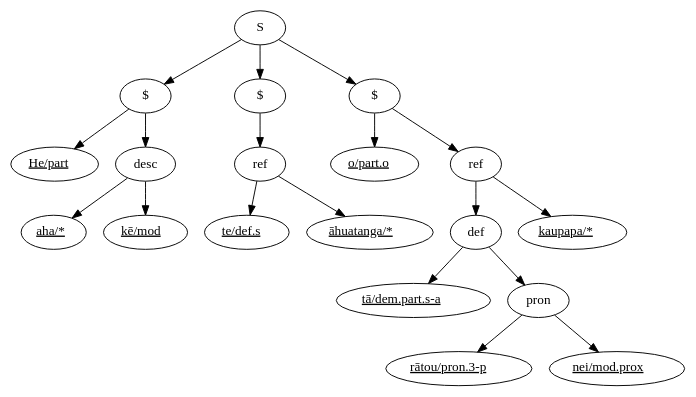
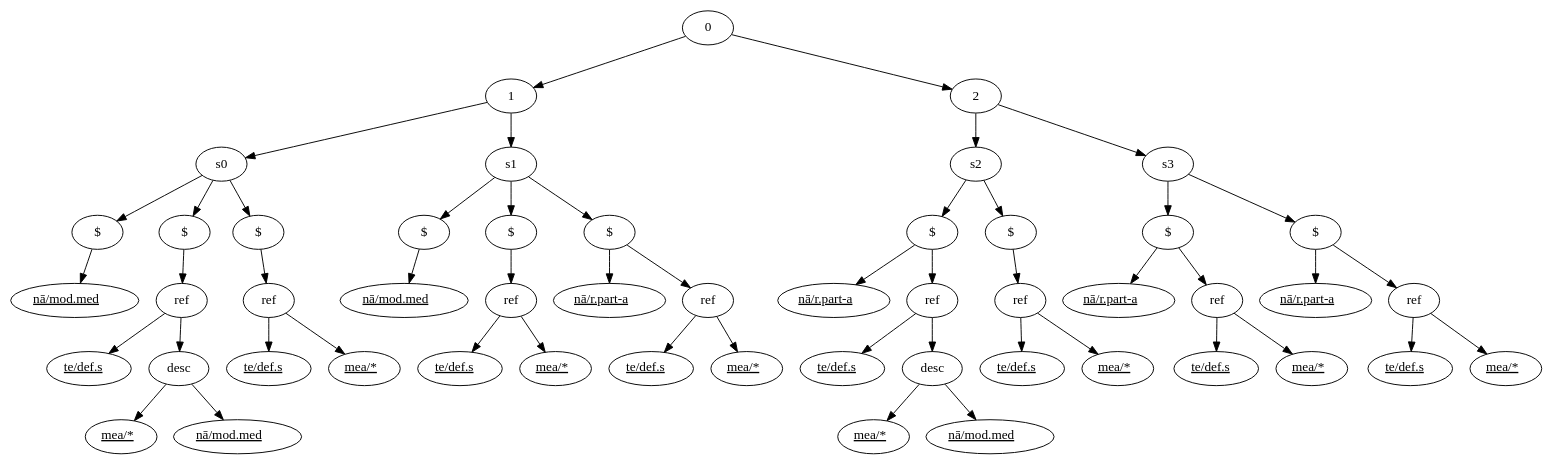
One commit to connor-taylorbrown/trm-parser changed the diagram in output/syntax.dot. Above: the diagram before and after it, drawn with Graphviz. The commit also changed 8 other files, not shown here.

```diff
--- a/output/syntax.dot
+++ b/output/syntax.dot
@@ -1,39 +1,96 @@
 digraph S0 {
- 0 [label="S"];
- 0 -> 1;
- 0 -> 6;
- 0 -> 10;
- 1 [label="$"];
- 2 [label=<<u>He/part</u>>];
- 1 -> 2;
- 3 [label="desc"];
- 4 [label=<<u>aha/*</u>>];
- 3 -> 4;
- 5 [label=<<u>kē/mod</u>>];
- 3 -> 5;
- 1 -> 3;
- 6 [label="$"];
- 7 [label="ref"];
- 8 [label=<<u>te/def.s</u>>];
- 7 -> 8;
- 9 [label=<<u>āhuatanga/*</u>>];
- 7 -> 9;
- 6 -> 7;
- 10 [label="$"];
- 11 [label=<<u>o/part.o</u>>];
- 10 -> 11;
- 12 [label="ref"];
- 13 [label="def"];
- 14 [label=<<u>tā/dem.part.s-a</u>>];
- 13 -> 14;
- 15 [label="pron"];
- 16 [label=<<u>rātou/pron.3-p</u>>];
- 15 -> 16;
- 17 [label=<<u>nei/mod.prox</u>>];
- 15 -> 17;
- 13 -> 15;
- 12 -> 13;
- 18 [label=<<u>kaupapa/*</u>>];
- 12 -> 18;
- 10 -> 12;
+ s0 -> n0
+ s0 -> n2
+ s0 -> n8
+ 1 -> s0
+ s1 -> n12
+ s1 -> n14
+ s1 -> n18
+ 1 -> s1
+ 0 -> 1
+ s2 -> n23
+ s2 -> n30
+ 2 -> s2
+ s3 -> n34
+ s3 -> n39
+ 2 -> s3
+ 0 -> 2
+ n0 [label="$"];
+ n1 [label=<<u>nā/mod.med</u>>];
+ n0 -> n1;
+ n2 [label="$"];
+ n3 [label="ref"];
+ n4 [label=<<u>te/def.s</u>>];
+ n3 -> n4;
+ n5 [label="desc"];
+ n6 [label=<<u>mea/*</u>>];
+ n5 -> n6;
+ n7 [label=<<u>nā/mod.med</u>>];
+ n5 -> n7;
+ n3 -> n5;
+ n2 -> n3;
+ n8 [label="$"];
+ n9 [label="ref"];
+ n10 [label=<<u>te/def.s</u>>];
+ n9 -> n10;
+ n11 [label=<<u>mea/*</u>>];
+ n9 -> n11;
+ n8 -> n9;
+ n12 [label="$"];
+ n13 [label=<<u>nā/mod.med</u>>];
+ n12 -> n13;
+ n14 [label="$"];
+ n15 [label="ref"];
+ n16 [label=<<u>te/def.s</u>>];
+ n15 -> n16;
+ n17 [label=<<u>mea/*</u>>];
+ n15 -> n17;
+ n14 -> n15;
+ n18 [label="$"];
+ n19 [label=<<u>nā/r.part-a</u>>];
+ n18 -> n19;
+ n20 [label="ref"];
+ n21 [label=<<u>te/def.s</u>>];
+ n20 -> n21;
+ n22 [label=<<u>mea/*</u>>];
+ n20 -> n22;
+ n18 -> n20;
+ n23 [label="$"];
+ n24 [label=<<u>nā/r.part-a</u>>];
+ n23 -> n24;
+ n25 [label="ref"];
+ n26 [label=<<u>te/def.s</u>>];
+ n25 -> n26;
+ n27 [label="desc"];
+ n28 [label=<<u>mea/*</u>>];
+ n27 -> n28;
+ n29 [label=<<u>nā/mod.med</u>>];
+ n27 -> n29;
+ n25 -> n27;
+ n23 -> n25;
+ n30 [label="$"];
+ n31 [label="ref"];
+ n32 [label=<<u>te/def.s</u>>];
+ n31 -> n32;
+ n33 [label=<<u>mea/*</u>>];
+ n31 -> n33;
+ n30 -> n31;
+ n34 [label="$"];
+ n35 [label=<<u>nā/r.part-a</u>>];
+ n34 -> n35;
+ n36 [label="ref"];
+ n37 [label=<<u>te/def.s</u>>];
+ n36 -> n37;
+ n38 [label=<<u>mea/*</u>>];
+ n36 -> n38;
+ n34 -> n36;
+ n39 [label="$"];
+ n40 [label=<<u>nā/r.part-a</u>>];
+ n39 -> n40;
+ n41 [label="ref"];
+ n42 [label=<<u>te/def.s</u>>];
+ n41 -> n42;
+ n43 [label=<<u>mea/*</u>>];
+ n41 -> n43;
+ n39 -> n41;
 }
```
